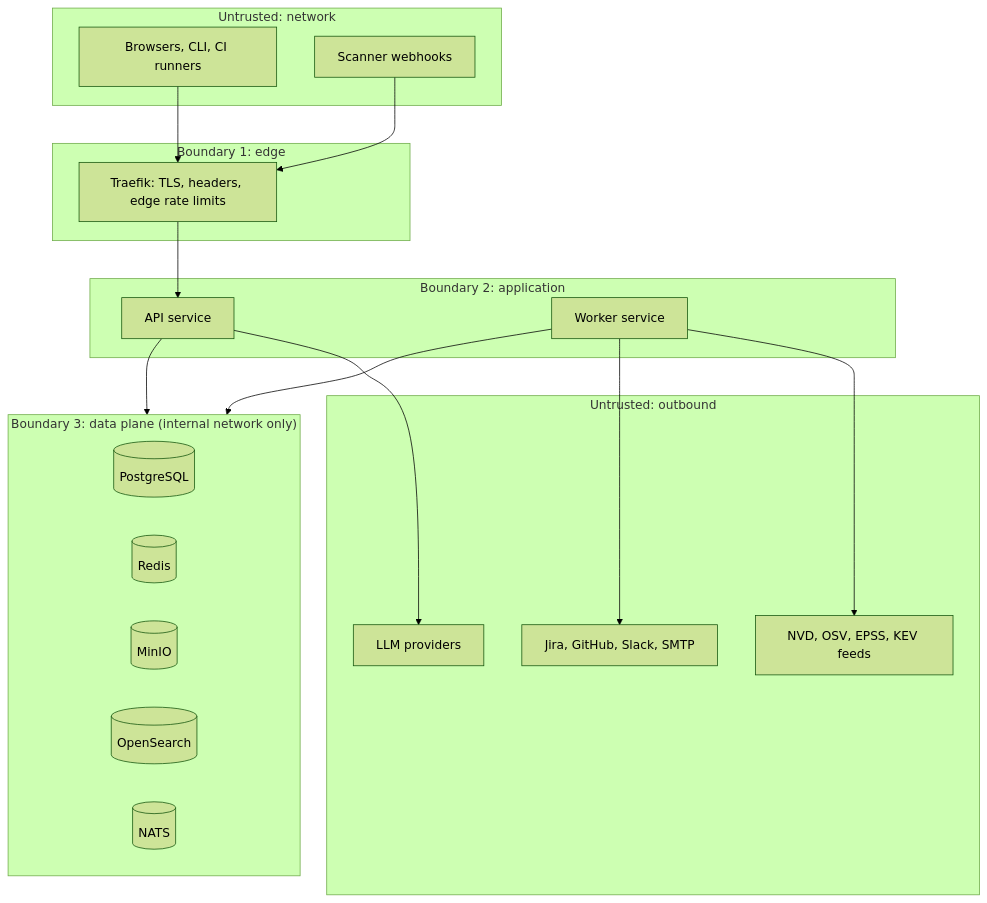
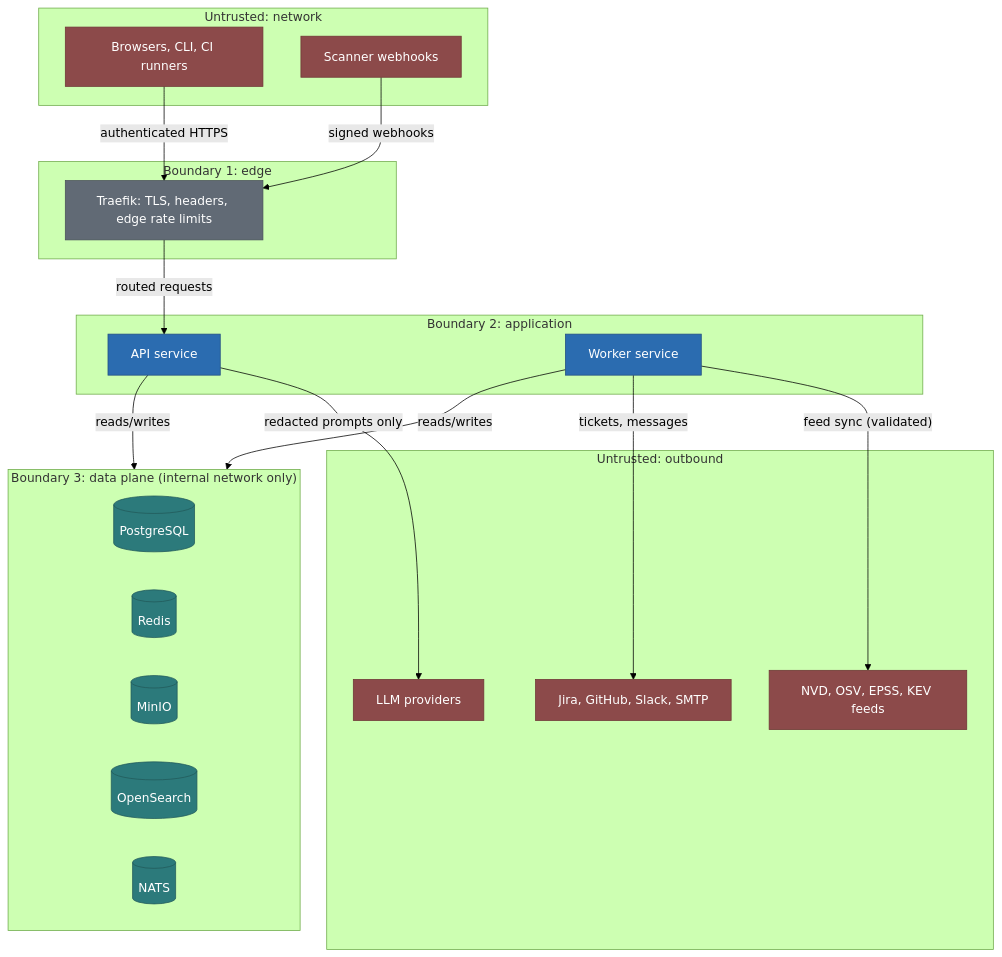
Before and after one commit to PhinehasNarh/vuln-console: the diagram in docs/security/threat-model.md, drawn with Mermaid (forest theme). The commit also changed other lines of this file and 98 other files, not shown here.

````diff
--- a/docs/security/threat-model.md
+++ b/docs/security/threat-model.md
@@ -16,39 +16,48 @@
 ```mermaid
 flowchart TB
     subgraph internet["Untrusted: network"]
         client["Browsers, CLI, CI runners"]
         webhooks["Scanner webhooks"]
     end
 
     subgraph dmz["Boundary 1: edge"]
         traefik["Traefik: TLS, headers, edge rate limits"]
     end
 
     subgraph app["Boundary 2: application"]
         api["API service"]
         worker["Worker service"]
     end
 
     subgraph data["Boundary 3: data plane (internal network only)"]
         pg[("PostgreSQL")]
         redis[("Redis")]
         minio[("MinIO")]
         os2[("OpenSearch")]
         nats[("NATS")]
     end
 
     subgraph ext["Untrusted: outbound"]
         feeds["NVD, OSV, EPSS, KEV feeds"]
         llm["LLM providers"]
         integr["Jira, GitHub, Slack, SMTP"]
     end
 
-    client --> traefik
-    webhooks --> traefik
-    traefik --> api
-    api --> data
-    worker --> data
-    worker --> feeds
-    api --> llm
-    worker --> integr
+    client -->|"authenticated HTTPS"| traefik
+    webhooks -->|"signed webhooks"| traefik
+    traefik -->|"routed requests"| api
+    api -->|"reads/writes"| data
+    worker -->|"reads/writes"| data
+    worker -->|"feed sync (validated)"| feeds
+    api -->|"redacted prompts only"| llm
+    worker -->|"tickets, messages"| integr
+
+    classDef untrusted fill:#8c4a4a,stroke:#6e3535,color:#ffffff
+    classDef boundary fill:#616a75,stroke:#49505a,color:#ffffff
+    classDef platform fill:#2b6cb0,stroke:#234f80,color:#ffffff
+    classDef store fill:#2c7a7b,stroke:#215a5b,color:#ffffff
+    class client,webhooks,feeds,llm,integr untrusted
+    class traefik boundary
+    class api,worker platform
+    class pg,redis,minio,os2,nats store
 ```
````
